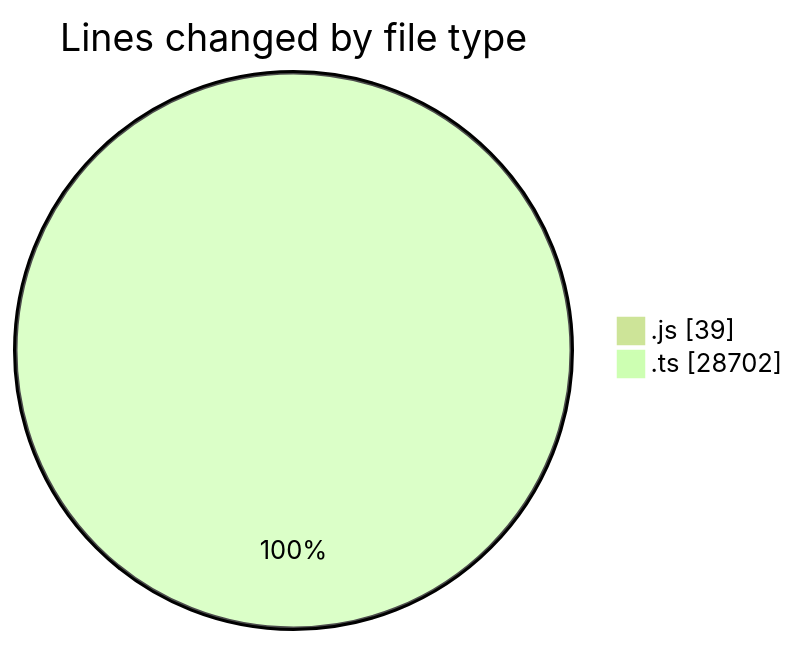
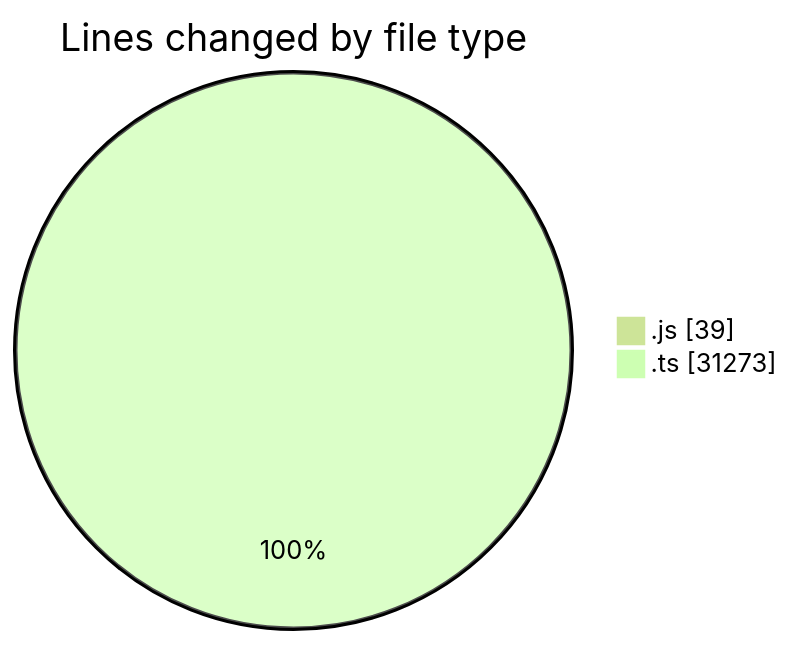
One commit to momahboobian/code-tracking changed the first of 2 diagrams in 2025-06-19/cda/README.md. Above: the diagram before and after it, drawn with Mermaid (forest theme). The commit also changed other lines of this file and 1 other file, not shown here.

````diff
--- a/2025-06-19/cda/README.md
+++ b/2025-06-19/cda/README.md
@@ -27,6 +27,6 @@
 ```mermaid
 pie showData
 title Lines changed by file type
 ".js" : 39
-".ts" : 28702
+".ts" : 31273
 ```
````
